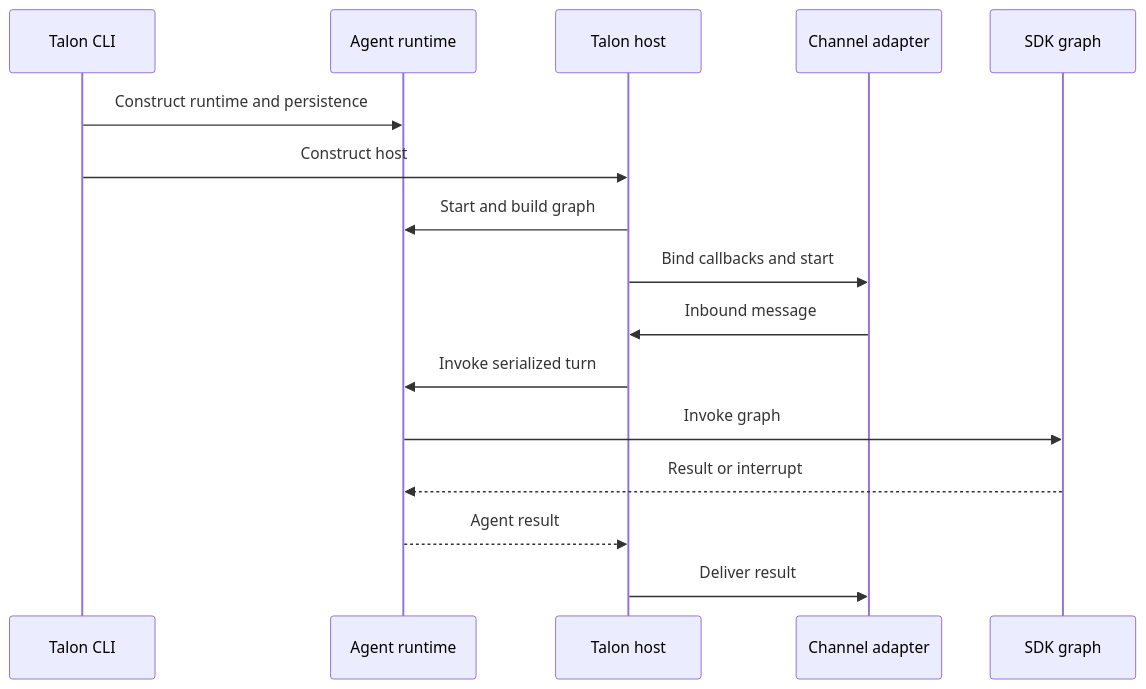
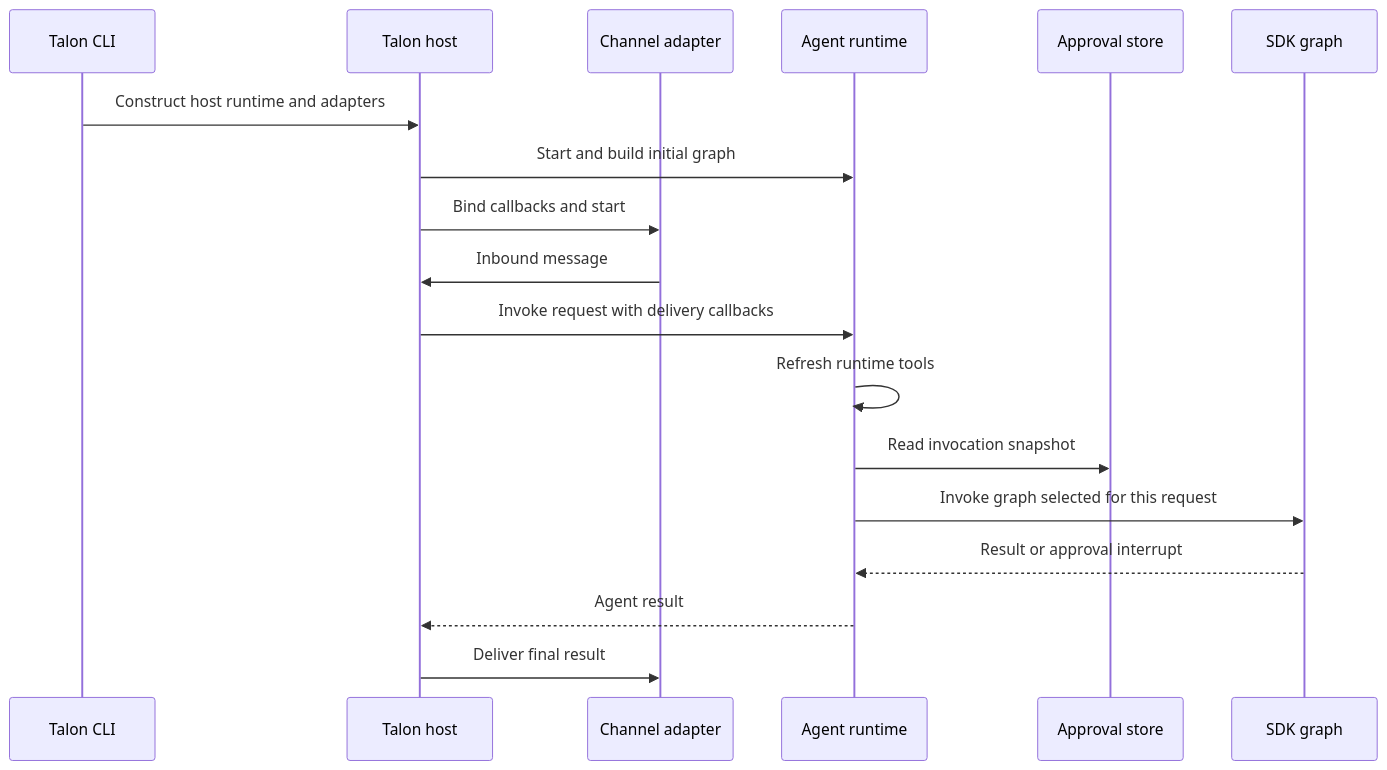
Before and after one commit to langchain-ai/deepagents: the third of 3 diagrams in openwiki/architecture/overview.md, drawn with Mermaid. The commit also changed other lines of this file and 23 other files, not shown here.

````diff
--- a/openwiki/architecture/overview.md
+++ b/openwiki/architecture/overview.md
@@ -181,18 +193,20 @@
 ```mermaid
 sequenceDiagram
   participant CLI as Talon CLI
-  participant Runtime as Agent runtime
   participant Host as Talon host
   participant Channel as Channel adapter
+  participant Runtime as Agent runtime
+  participant Approvals as Approval store
   participant Graph as SDK graph
-  CLI->>Runtime: Construct runtime and persistence
-  CLI->>Host: Construct host
-  Host->>Runtime: Start and build graph
+  CLI->>Host: Construct host runtime and adapters
+  Host->>Runtime: Start and build initial graph
   Host->>Channel: Bind callbacks and start
   Channel->>Host: Inbound message
-  Host->>Runtime: Invoke serialized turn
-  Runtime->>Graph: Invoke graph
-  Graph-->>Runtime: Result or interrupt
+  Host->>Runtime: Invoke request with delivery callbacks
+  Runtime->>Runtime: Refresh runtime tools
+  Runtime->>Approvals: Read invocation snapshot
+  Runtime->>Graph: Invoke graph selected for this request
+  Graph-->>Runtime: Result or approval interrupt
   Runtime-->>Host: Agent result
-  Host->>Channel: Deliver result
+  Host->>Channel: Deliver final result
 ```
````
